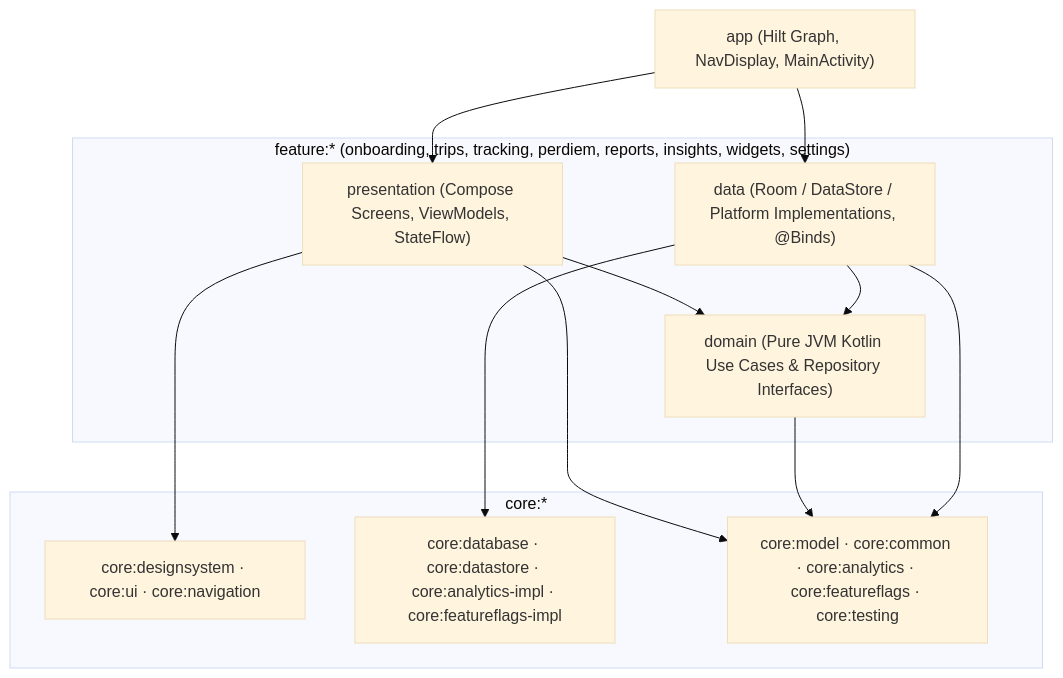
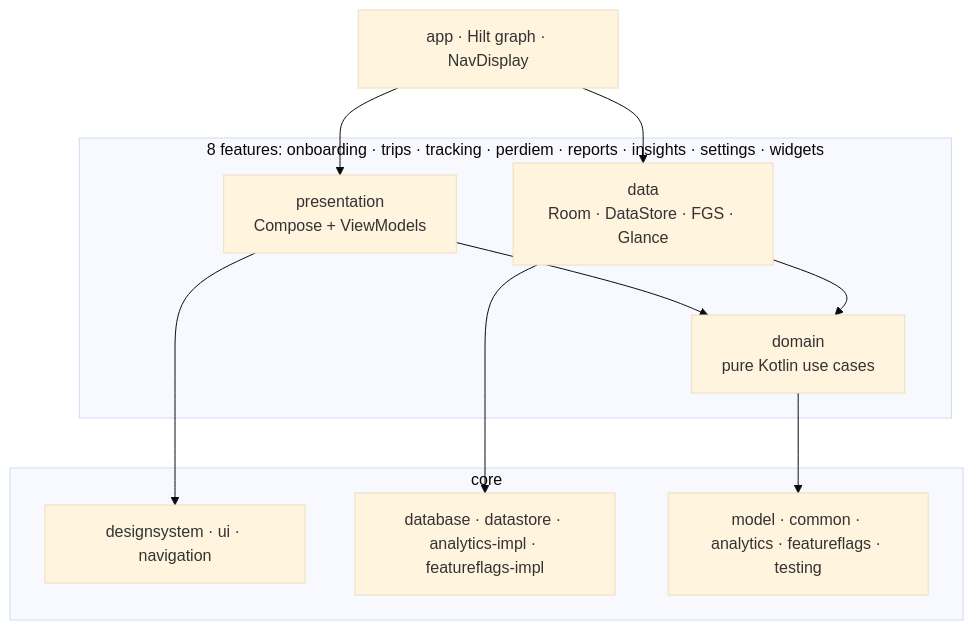
Before and after one commit to andreij6/mileage-per-diem: the diagram in README.md, drawn with Mermaid (base theme). The commit also changed other lines of this file and 34 other files, not shown here.

````diff
--- a/README.md
+++ b/README.md
@@ -111,26 +82,17 @@
 ```mermaid
 flowchart TB
-  App["app (Hilt Graph, NavDisplay, MainActivity)"]
-
-  subgraph Features["feature:* (onboarding, trips, tracking, perdiem, reports, insights, widgets, settings)"]
-    Pres["presentation (Compose Screens, ViewModels, StateFlow)"]
-    Dom["domain (Pure JVM Kotlin Use Cases & Repository Interfaces)"]
-    Data["data (Room / DataStore / Platform Implementations, @Binds)"]
-    Pres --> Dom
-    Data --> Dom
+  APP["app · Hilt graph · NavDisplay"]
+  subgraph F["8 features: onboarding · trips · tracking · perdiem · reports · insights · settings · widgets"]
+    P["presentation<br/>Compose + ViewModels"] --> D["domain<br/>pure Kotlin use cases"]
+    DA["data<br/>Room · DataStore · FGS · Glance"] --> D
   end
-
-  subgraph Core["core:*"]
-    UI["core:designsystem · core:ui · core:navigation"]
-    Infra["core:database · core:datastore · core:analytics-impl · core:featureflags-impl"]
-    Model["core:model · core:common · core:analytics · core:featureflags · core:testing"]
+  subgraph C["core"]
+    UI["designsystem · ui · navigation"]
+    INF["database · datastore · analytics-impl · featureflags-impl"]
+    M["model · common · analytics · featureflags · testing"]
   end
-
-  App --> Pres
-  App --> Data
-  Pres --> UI
-  Pres --> Model
-  Dom --> Model
-  Data --> Infra
-  Data --> Model
+  APP --> P & DA
+  P --> UI
+  D --> M
+  DA --> INF
 ```
````
